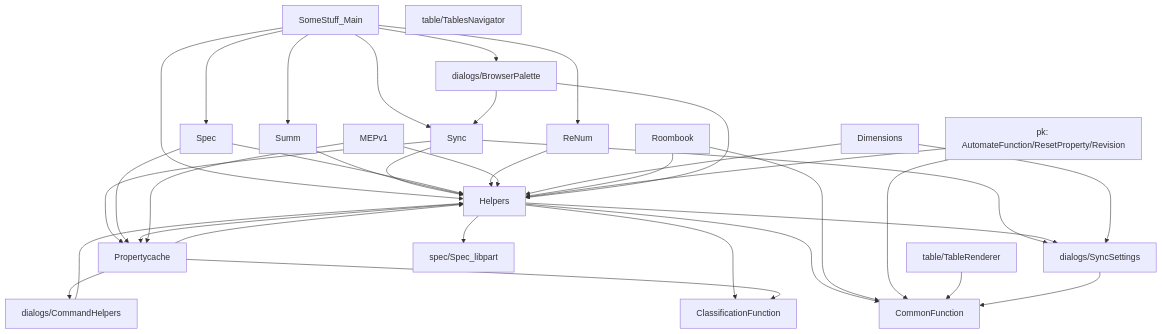
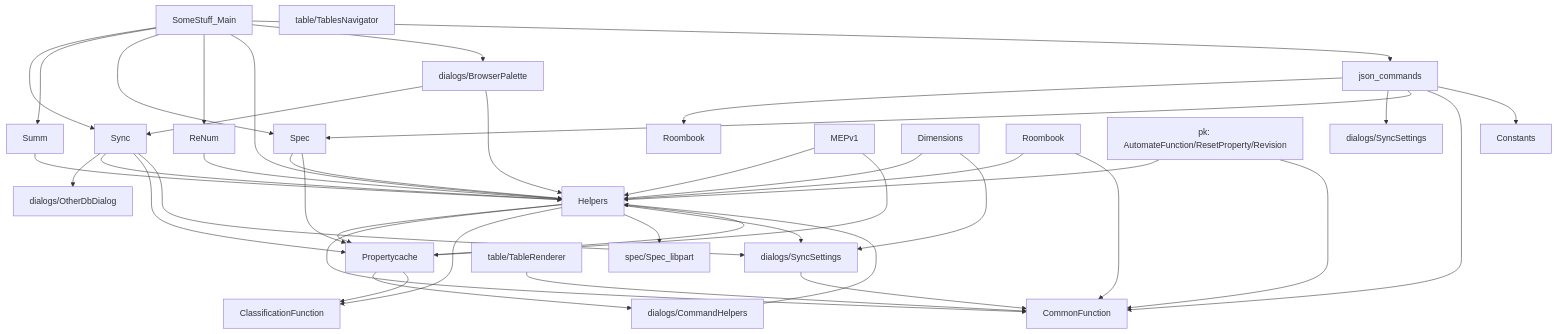
One commit to kuvbur/AddOn_SomeStuff changed the diagram in Docs/ARCHITECTURE.md. Above: the diagram before and after it, drawn with Mermaid. The commit also changed other lines of this file and 8 other files, not shown here.

Commit message:
[docs] Актуализация: карточка json_commands, OtherDbDialog, пересборка _generated Refs: Docs/_progress.md

````diff
--- a/Docs/ARCHITECTURE.md
+++ b/Docs/ARCHITECTURE.md
@@ -70,38 +76,45 @@
 ```mermaid
 graph TD
     Main[SomeStuff_Main] --> Sync
     Main --> Summ
     Main --> Spec
     Main --> ReNum
     Main --> Helpers
     Main --> BP[dialogs/BrowserPalette]
+    Main --> JC[json_commands]
+    JC --> RB2[Roombook]
+    JC --> SS2[dialogs/SyncSettings]
+    JC --> Spec
+    JC --> CF
+    JC --> Const[Constants]
+    Sync --> OD[dialogs/OtherDbDialog]
     Sync --> Helpers
     Sync --> PC[Propertycache]
     Sync --> SS[dialogs/SyncSettings]
     Summ --> Helpers
     Spec --> Helpers
     Spec --> PC
     ReNum --> Helpers
     Helpers --> PC
     Helpers --> CF[CommonFunction]
     Helpers --> CFu[ClassificationFunction]
     Helpers --> SL[spec/Spec_libpart]
     Helpers --> SS
     PC --> Helpers
     PC --> CH[dialogs/CommandHelpers]
     PC --> CFu
     MEPv1 --> Helpers
     MEPv1 --> PC
     Dim[Dimensions] --> Helpers
     Dim --> SS
     RB[Roombook] --> Helpers
     RB --> CF
     PK[pk: AutomateFunction/ResetProperty/Revision] --> Helpers
     PK --> CF
     TR[table/TableRenderer] --> CF
     TN[table/TablesNavigator]
     BP --> Sync
     BP --> Helpers
     CH[dialogs/CommandHelpers] --> Helpers
     SS --> CF
 ```
````
